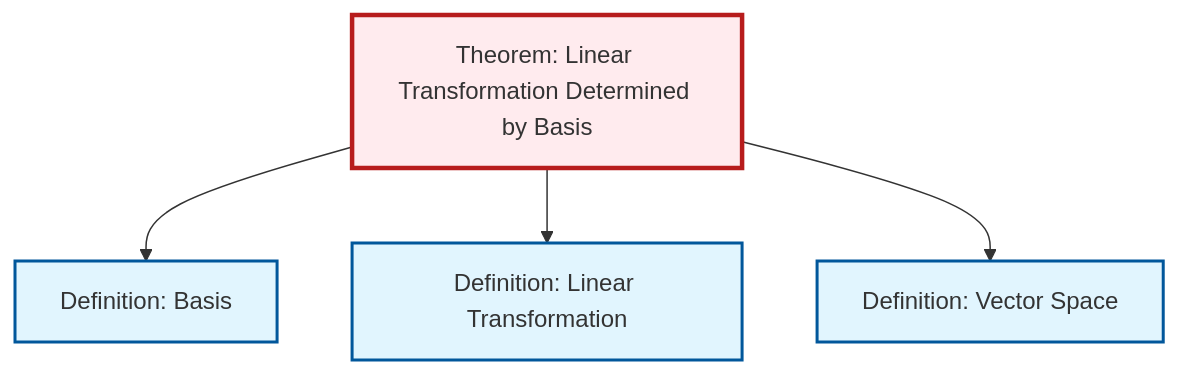
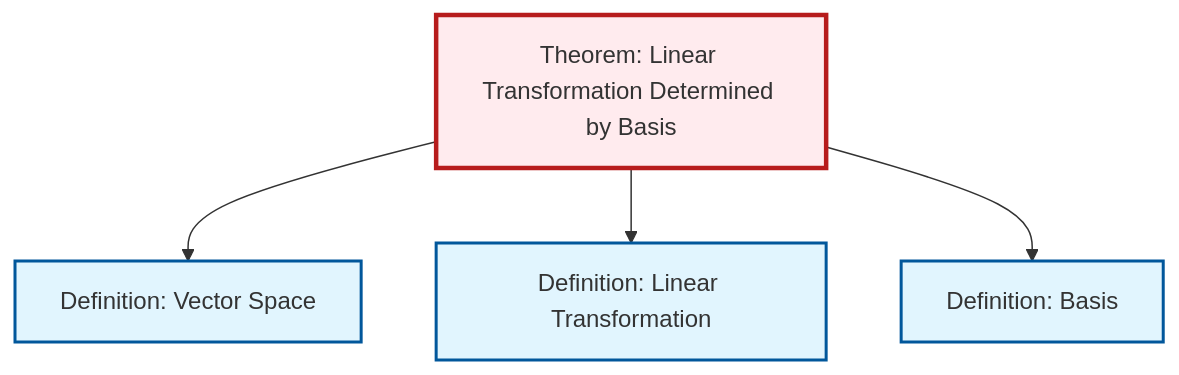
One commit to RK0429/ModernMath changed the diagram in content/ja/algebra/thm-linear-transformation-basis.qmd. Above: the diagram before and after it, drawn with Mermaid. The commit also changed other lines of this file and 530 other files, not shown here.

````diff
--- a/content/ja/algebra/thm-linear-transformation-basis.qmd
+++ b/content/ja/algebra/thm-linear-transformation-basis.qmd
@@ -48,20 +48,20 @@
 ```{mermaid}
 %%| fig-cap: "Local dependency graph"
 graph TD
     classDef definition fill:#e1f5fe,stroke:#01579b,stroke-width:2px
     classDef theorem fill:#f3e5f5,stroke:#4a148c,stroke-width:2px
     classDef axiom fill:#fff3e0,stroke:#e65100,stroke-width:2px
     classDef example fill:#e8f5e9,stroke:#1b5e20,stroke-width:2px
     classDef current fill:#ffebee,stroke:#b71c1c,stroke-width:3px
     def-basis["Definition: Basis"]:::definition
+    def-vector-space["Definition: Vector Space"]:::definition
     def-linear-transformation["Definition: Linear Transformation"]:::definition
     thm-linear-transformation-basis["Theorem: Linear Transformation Determined by Basis"]:::theorem
-    def-vector-space["Definition: Vector Space"]:::definition
+    thm-linear-transformation-basis --> def-vector-space
+    thm-linear-transformation-basis --> def-linear-transformation
     thm-linear-transformation-basis --> def-basis
-    thm-linear-transformation-basis --> def-linear-transformation
-    thm-linear-transformation-basis --> def-vector-space
     class thm-linear-transformation-basis current
     click def-basis "def-basis.html" "Definition: Basisへ"
+    click def-vector-space "def-vector-space.html" "Definition: Vector Spaceへ"
     click def-linear-transformation "def-linear-transformation.html" "Definition: Linear Transformationへ"
-    click def-vector-space "def-vector-space.html" "Definition: Vector Spaceへ"
 ```
````
